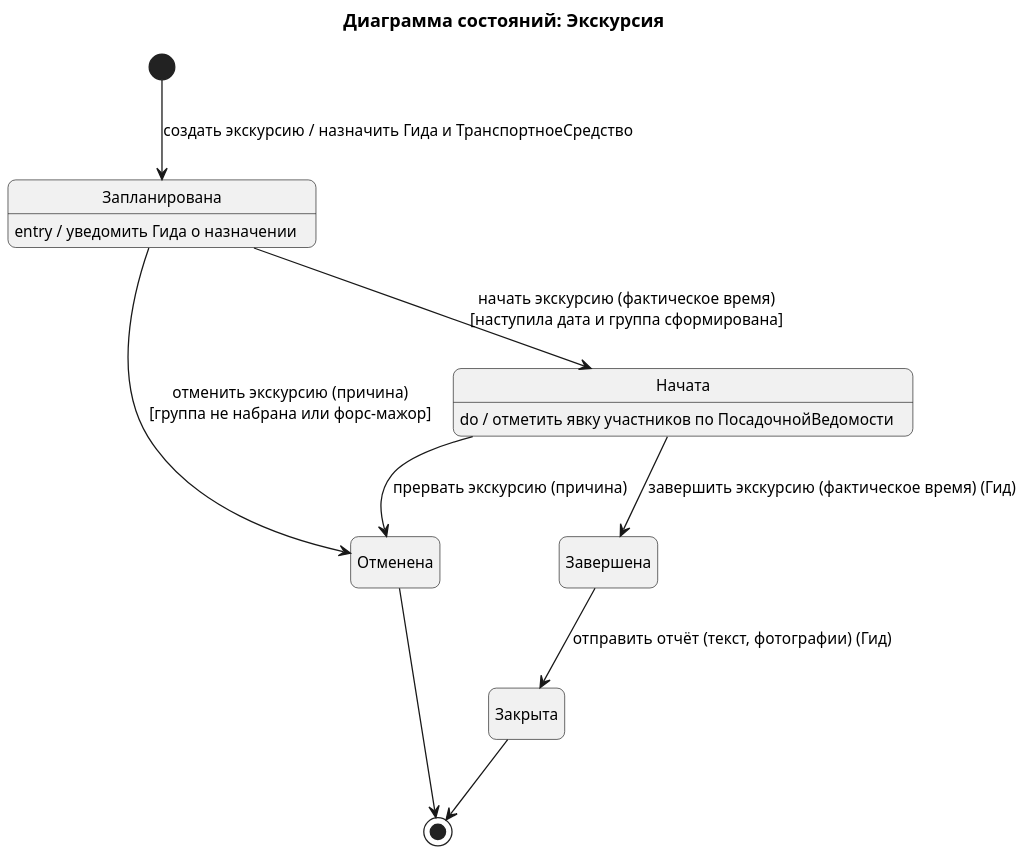
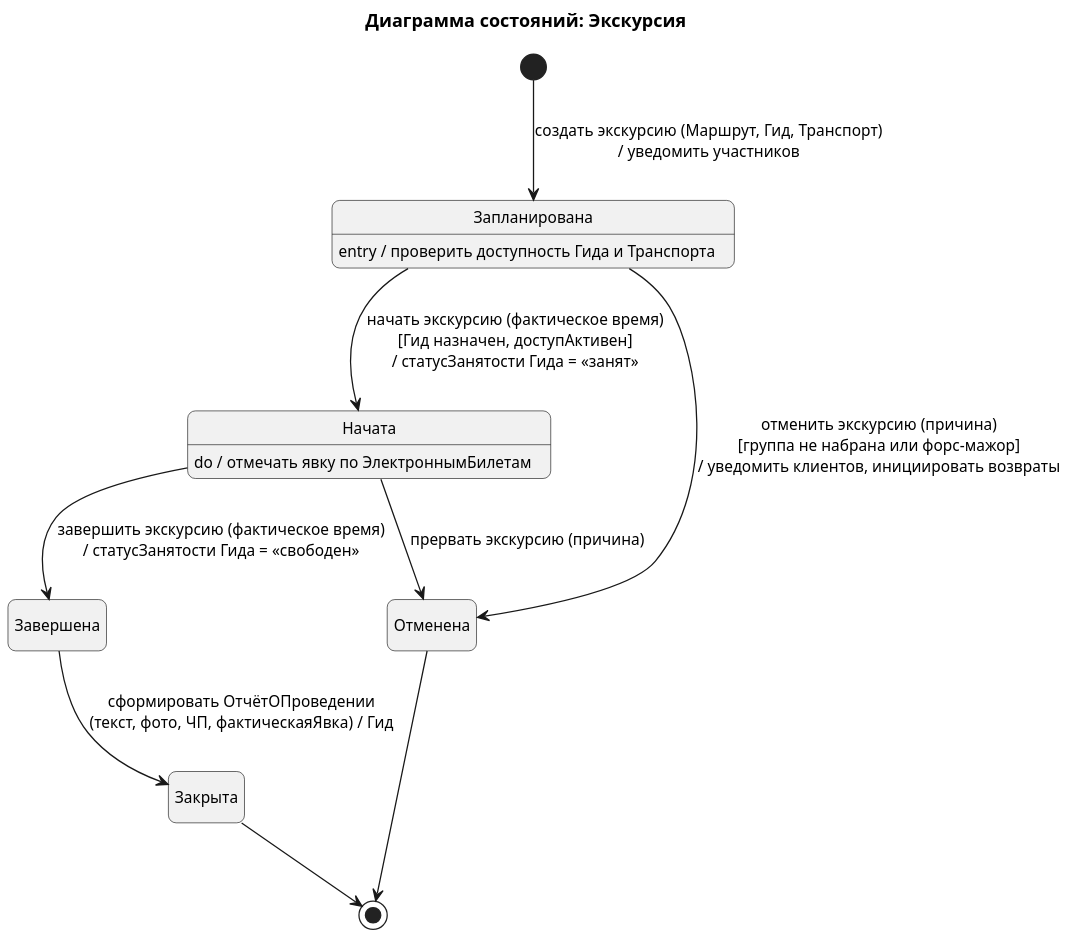
Before and after one commit to kukirmash/labs: the diagram in 7sem/TRPO/Лабы/Модель анализа/Диаграммы/03_Состояния_Экскурсии.puml, drawn with PlantUML. The commit also changed 38 other files, not shown here.

```diff
--- a/7sem/TRPO/Лабы/Модель анализа/Диаграммы/03_Состояния_Экскурсии.puml
+++ b/7sem/TRPO/Лабы/Модель анализа/Диаграммы/03_Состояния_Экскурсии.puml
@@ -1,31 +1,31 @@
 @startuml
 ' Модель состояний предметной области: жизненный цикл Экскурсии
 skinparam dpi 160
 skinparam shadowing false
 skinparam roundcorner 12
 skinparam stateFontSize 15
 skinparam stateFontName "Times New Roman"
 skinparam arrowFontSize 12
 skinparam arrowFontName "Times New Roman"
 skinparam stateAttributeFontSize 12
 skinparam stateAttributeFontName "Times New Roman"
 hide empty description
 
 title Диаграмма состояний: Экскурсия
 
-[*] --> Запланирована : создать экскурсию / назначить Гида и ТранспортноеСредство
+[*] --> Запланирована : создать экскурсию (Маршрут, Гид, Транспорт)\n/ уведомить участников
 
-Запланирована : entry / уведомить Гида о назначении
-Запланирована --> Отменена : отменить экскурсию (причина)\n[группа не набрана или форс-мажор]
-Запланирована --> Начата : начать экскурсию (фактическое время)\n[наступила дата и группа сформирована]
+Запланирована : entry / проверить доступность Гида и Транспорта
+Запланирована --> Начата : начать экскурсию (фактическое время)\n[Гид назначен, доступАктивен]\n/ статусЗанятости Гида = «занят»
+Запланирована --> Отменена : отменить экскурсию (причина)\n[группа не набрана или форс-мажор]\n/ уведомить клиентов, инициировать возвраты
 
-Начата : do / отметить явку участников по ПосадочнойВедомости
-Начата --> Завершена : завершить экскурсию (фактическое время) (Гид)
+Начата : do / отмечать явку по ЭлектроннымБилетам
+Начата --> Завершена : завершить экскурсию (фактическое время)\n/ статусЗанятости Гида = «свободен»
 Начата --> Отменена : прервать экскурсию (причина)
 
-Завершена --> Закрыта : отправить отчёт (текст, фотографии) (Гид)
+Завершена --> Закрыта : сформировать ОтчётОПроведении\n(текст, фото, ЧП, фактическаяЯвка) / Гид
 
 Отменена --> [*]
 Закрыта --> [*]
 
 @enduml
```
